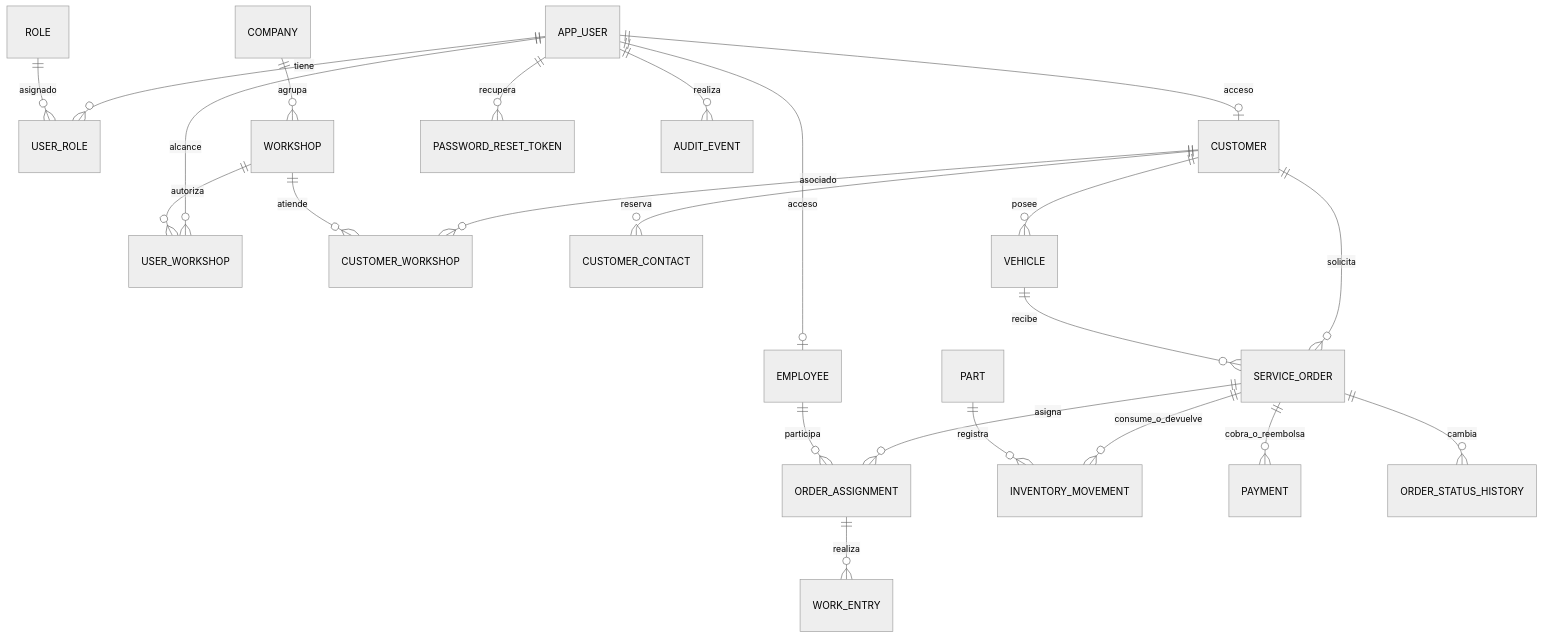
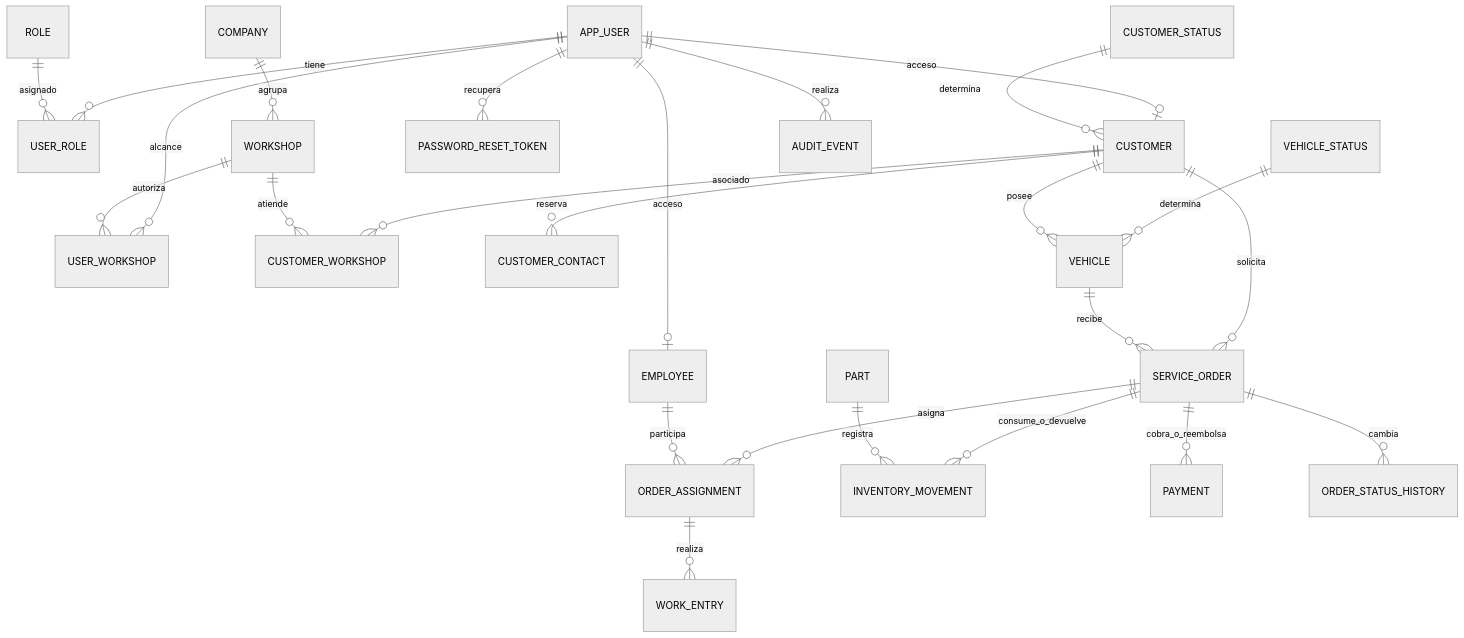
One commit to Sans726/TallerMeco changed the diagram in docs/modelo.md. Above: the diagram before and after it, drawn with Mermaid (neutral theme). The commit also changed other lines of this file and 74 other files, not shown here.

Commit message:
feat: implement UC-CV-03 status catalogs and scoped vehicle administration

````diff
--- a/docs/modelo.md
+++ b/docs/modelo.md
@@ -3,25 +3,27 @@
 ```mermaid
 erDiagram
     APP_USER ||--o{ USER_ROLE : tiene
     ROLE ||--o{ USER_ROLE : asignado
     COMPANY ||--o{ WORKSHOP : agrupa
     APP_USER ||--o{ USER_WORKSHOP : alcance
     WORKSHOP ||--o{ USER_WORKSHOP : autoriza
     CUSTOMER ||--o{ CUSTOMER_WORKSHOP : asociado
     WORKSHOP ||--o{ CUSTOMER_WORKSHOP : atiende
     CUSTOMER ||--o{ CUSTOMER_CONTACT : reserva
     APP_USER ||--o| CUSTOMER : acceso
     APP_USER ||--o| EMPLOYEE : acceso
     APP_USER ||--o{ PASSWORD_RESET_TOKEN : recupera
+    CUSTOMER_STATUS ||--o{ CUSTOMER : determina
+    VEHICLE_STATUS ||--o{ VEHICLE : determina
     CUSTOMER ||--o{ VEHICLE : posee
     CUSTOMER ||--o{ SERVICE_ORDER : solicita
     VEHICLE ||--o{ SERVICE_ORDER : recibe
     SERVICE_ORDER ||--o{ ORDER_ASSIGNMENT : asigna
     EMPLOYEE ||--o{ ORDER_ASSIGNMENT : participa
     ORDER_ASSIGNMENT ||--o{ WORK_ENTRY : realiza
     SERVICE_ORDER ||--o{ INVENTORY_MOVEMENT : consume_o_devuelve
     PART ||--o{ INVENTORY_MOVEMENT : registra
     SERVICE_ORDER ||--o{ PAYMENT : cobra_o_reembolsa
     SERVICE_ORDER ||--o{ ORDER_STATUS_HISTORY : cambia
     APP_USER ||--o{ AUDIT_EVENT : realiza
 ```
````
